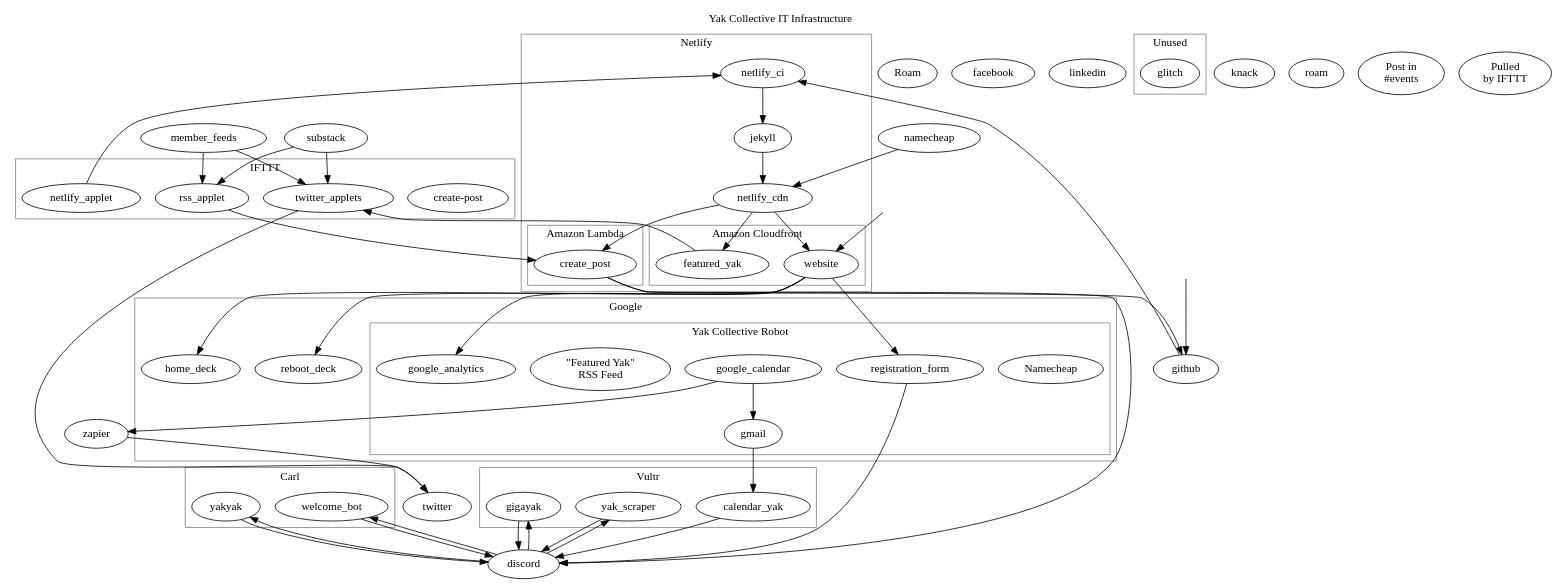
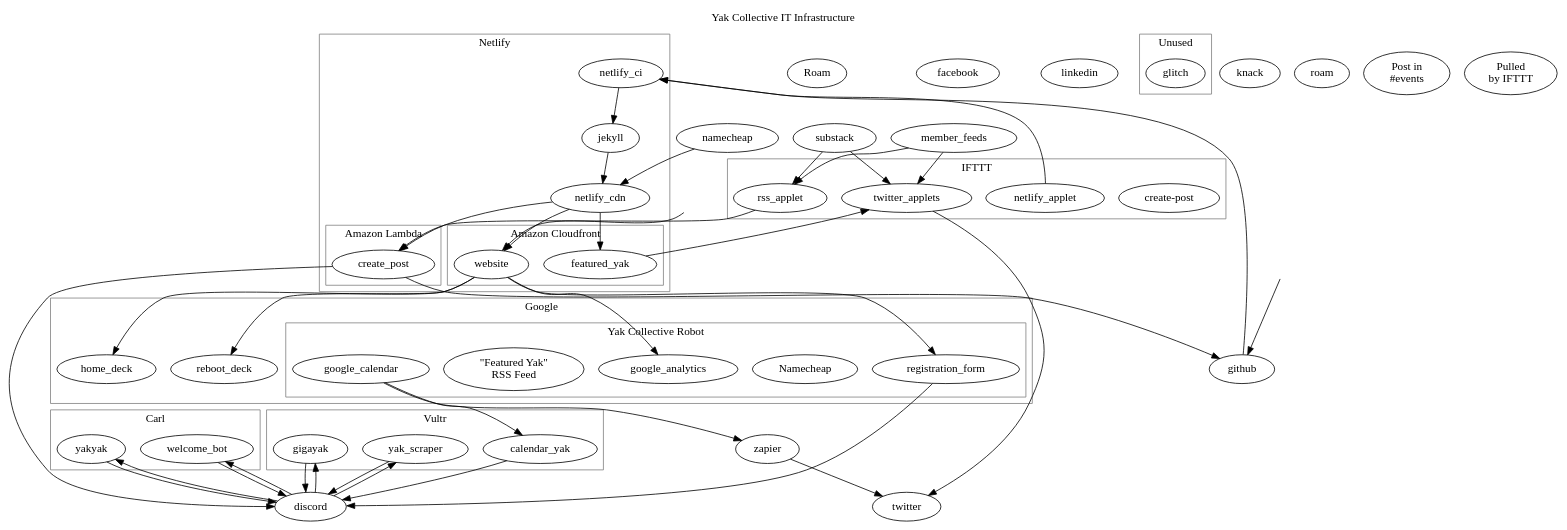
The diagram in infrastructure.dot (tilnow/docjs), drawn with Graphviz before and after one commit.

Commit message:
Gmail isn't being used anymore, just Google Calendar API

```diff
--- a/infrastructure.dot
+++ b/infrastructure.dot
@@ -1,178 +1,176 @@
 # A dot file which includes all (known) Yak Collective IT
 # infrastructure.
 #
 # Unlike standard Graphviz dot, we define some macros (in `macros.sed`)
 # that need to be replaced pre-render. You should familiarize yourself
 # with that file before editing this one.
 
 digraph yak_infrastructure {
 	labelloc = "t";
 	label = "Yak Collective IT Infrastructure";
 	labelURL = "https://roamresearch.com/#/app/ArtOfGig/page/6fhTlx1p_";
 
 	# Components
 	#
 	subgraph cluster_google {
 		labelloc = "t";
 		label = "Google";
 		color = "gray";
 
 		subgraph cluster_robot {
 			labelloc = "t";
 			label = "Yak Collective Robot";
 			labelURL = "https://roamresearch.com/#/app/ArtOfGig/page/bRd-QWJA0";
 			color = "gray";
 
-			gmail INTERNAL_SERVICE [label = "Gmail"] [URL = "https://roamresearch.com/#/app/ArtOfGig/page/bRd-QWJA0"];
 			google_analytics INTERNAL_SERVICE [label = "Google\nAnalytics"] [URL = "https://roamresearch.com/#/app/ArtOfGig/page/gkim0kNQ8"];
 			google_calendar STATIC_DATA [label = "Google\nCalendar"] [URL = "https://roamresearch.com/#/app/ArtOfGig/page/5JAKKBvdi"];
 			registration_form STATIC_DATA [label = "Registration\nForm"] [URL = "https://roamresearch.com/#/app/ArtOfGig/page/oG9FwDcRH"];
 		}
 
 		reboot_deck STATIC_DATA [label = "\"Don't Waste the\nReboot\" deck"] [URL = "https://roamresearch.com/#/app/ArtOfGig/page/s7km8fEQp"];
 		home_deck STATIC_DATA [label = "\"The New Old\nHome\" deck"] [URL = "https://roamresearch.com/#/app/ArtOfGig/page/sGxc8YzrD"];
 	}
 
 	zapier INTERNAL_SERVICE [label = "Zapier"] [URL = "https://roamresearch.com/#/app/ArtOfGig/page/WW4JidMuQ"];
 
 	subgraph cluster_vultr {
 		labelloc = "t";
 		label = "Vultr";
 		labelURL = "https://roamresearch.com/#/app/ArtOfGig/page/WpgCSZdjg";
 		color = "gray";
 
 		calendar_yak APPLET [label = "Calendar Yak"] [URL = "https://roamresearch.com/#/app/ArtOfGig/page/h8CetC_Re"];
 		yak_scraper APPLET [label = "yak_scraper"] [URL = "https://roamresearch.com/#/app/ArtOfGig/page/AaFxsbkdW"];
 		gigayak APPLET [label = "gigayak"] [URL = "https://roamresearch.com/#/app/ArtOfGig/page/_1voFfg7g"];
 	}
 
 	subgraph cluster_carl {
 		labelloc = "t";
 		label = "Carl";
 		labelURL = "https://roamresearch.com/#/app/ArtOfGig/page/wfmK-RIl1";
 		color = "gray";
 
 		welcome_bot APPLET [label = "welcome_bot"] [URL = "https://roamresearch.com/#/app/ArtOfGig/page/S_Xkw1vVi"];
 		yakyak  APPLET [label = "yakyak"] [URL = "https://roamresearch.com/#/app/ArtOfGig/page/Q1LoZ_dE4"];
 	}
 
 	discord EXTERNAL_SERVICE [label = "Discord"] [URL = "https://roamresearch.com/#/app/ArtOfGig/page/AsI1N4yGZ"];
 
 	substack EXTERNAL_SERVICE [label = "Substack"] [URL = "https://roamresearch.com/#/app/ArtOfGig/page/kMaCo6Xc-"];
 
 	member_feeds STATIC_DATA [label = "Member RSS\nFeeds"] [URL = "https://roamresearch.com/#/app/ArtOfGig/page/RLF445t5m"];
 
 	twitter EXTERNAL_SERVICE [label = "Twitter"] [URL = "https://roamresearch.com/#/app/ArtOfGig/page/ssp9sORuP"];
 	facebook EXTERNAL_SERVICE [label = "Facebook"] [URL = "https://roamresearch.com/#/app/ArtOfGig/page/WZKSWTGz5"];
 	linkedin EXTERNAL_SERVICE [label = "LinkedIn"] [URL = "https://roamresearch.com/#/app/ArtOfGig/page/M17w4lZJB"];
 
 	subgraph cluster_unused {
 		labelloc = "t";
 		label = "Unused";
 		color = "gray";
 
 		glitch INTERNAL_SERVICE [label = "Glitch"] [URL = "https://roamresearch.com/#/app/ArtOfGig/page/bTxU0ABQS"];
 	}
 
 	subgraph cluster_ifttt {
 		labelloc = "t";
 		label = "IFTTT";
 		labelURL = "https://roamresearch.com/#/app/ArtOfGig/page/1jMx-b5Fs";
 		color = "gray";
 
 		rss_applet APPLET [label = "create-post\nApplets"] [URL = "https://roamresearch.com/#/app/ArtOfGig/page/ucCeiIsih"];
 		twitter_applets APPLET [label = "Twitter\nApplets"] [URL = "https://roamresearch.com/#/app/ArtOfGig/page/j7DInC9sg"];
 		netlify_applet APPLET [label = "Netlify Build\nHook Applet"] [URL = "https://roamresearch.com/#/app/ArtOfGig/page/EWP06EjZH"];
 	}
 
 	github INTERNAL_SERVICE [label = "GitHub"] [URL = "https://roamresearch.com/#/app/ArtOfGig/page/1PVNV7Ell"];
 
 	subgraph cluster_netlify {
 		labelloc = "t";
 		label = "Netlify";
 		labelURL = "https://roamresearch.com/#/app/ArtOfGig/page/SVNduLQJn";
 		color = "gray";
 
 		netlify_ci INTERNAL_SERVICE [label = "Netlify Continuous\nIntegration"] [URL = "https://roamresearch.com/#/app/ArtOfGig/page/lfZqzDmtI"];
 		jekyll APPLET [label = "Jekyll"] [URL = "https://roamresearch.com/#/app/ArtOfGig/page/fF35dWNYl"];
 		netlify_cdn INTERNAL_SERVICE [label = "Netlify\nCDN"] [URL = "https://roamresearch.com/#/app/ArtOfGig/page/R-E2CDAe2"];
 
 		subgraph cluster_cloudfront {
 			labelloc = "t";
 			label = "Amazon Cloudfront";
 			color = "gray";
 
 			website STATIC_DATA [label = "Yak Collective\nWebsite"] [URL = "https://roamresearch.com/#/app/ArtOfGig/page/h0Wx539Oq"];
 			featured_yak STATIC_DATA [label = "\"Featured Yak\"\nRSS Feed"] [URL = "https://roamresearch.com/#/app/ArtOfGig/page/ZzuH6YDFq"];
 		}
 
 		subgraph cluster_lambda {
 			labelloc = "t";
 			label = "Amazon Lambda";
 			color = "gray";
 
 			create_post APPLET [label = "create-post"] [URL = "https://roamresearch.com/#/app/ArtOfGig/page/wDK81GyfO"];
 		}
 	}
 
 	namecheap INTERNAL_SERVICE [label = "Namecheap"] [URL = "https://roamresearch.com/#/app/ArtOfGig/page/SrB_NQUiU"];
 	knack EXTERNAL_SERVICE [label = "Knack"] [URL = "https://roamresearch.com/#/app/ArtOfGig/page/FDjmLsCeR"];
 	roam EXTERNAL_SERVICE [label = "Roam"] [URL = "https://roamresearch.com/#/app/ArtOfGig/page/FEPWC0DLJ"];
 
 	# Hidden user interaction nodes
 	#
 	visitor  [shape = plaintext] [label = ""];
 	developer  [shape = plaintext] [label = ""];
 
 	# Website data flows to Google
 	#
 	website -> google_analytics AUTO_DATA [label = "Visitor analytics"];
 	website -> {reboot_deck, home_deck} USER_DATA [label = "Google Slides / PDF"];
 
 	# Member registration flow
 	#
 	visitor -> website USER_DATA [label = "Website visitor"];
 	website -> registration_form USER_DATA [label = "Sign up form\n(minimal data)"];
 	registration_form -> discord USER_DATA [label = "Invite link"];
 	discord -> {welcome_bot, yakyak} AUTO_DATA [label = "New user\nnotification / data"];
 	welcome_bot -> discord AUTO_DATA [label = "Welcome message\nseries"];
 	yakyak -> discord AUTO_DATA [label = "Prune inactive\nusers"];
 
 	# Member interactions
 	#
 	discord -> {gigayak, yak_scraper} USER_DATA [label = "User\ncommand"];
 	{gigayak, yak_scraper} -> discord USER_DATA [label = "Requested info or\nacknowledgement"];
 
 	# Building the website
 	#
 	developer -> github USER_DATA [label = "Git commit"];
 	github -> netlify_ci AUTO_DATA [label = "Repo contents pushed\non commit"];
 	netlify_applet -> netlify_ci AUTO_DATA [label = "Trigger rebuild\nevery 24 hours"];
 	netlify_ci -> jekyll AUTO_DATA [label = "Build website"];
 	jekyll -> netlify_cdn AUTO_DATA [label = "Optimize & deploy\nwebsite files"];
 	namecheap -> netlify_cdn AUTO_DATA [label = "DNS information"];
 	netlify_cdn -> {website, featured_yak} AUTO_DATA [label = "Push to Amazon\nCloudfront"];
 	netlify_cdn -> create_post AUTO_DATA [label = "Create Amazon\nLambda function"];
 
 	# Various RSS feeds to the website/Discord
 	#
 	{member_feeds, substack} -> rss_applet USER_DATA [label = "Pulled\nby IFTTT"];
 	rss_applet -> create_post AUTO_DATA [label = "RSS post data\nto webhook"];
 	create_post -> github AUTO_DATA [label = "Commit new\nmember post"];
 	create_post -> discord AUTO_DATA [label = "Post in\n#yaktalk-content"];
 
 	# Various RSS feeds to Twitter/Discord
 	#
 	{member_feeds, substack} -> twitter_applets USER_DATA [label = "Pulled\nby IFTTT"];
 	featured_yak -> twitter_applets AUTO_DATA [label = "Pulled\nby IFTTT"];
 	twitter_applets -> twitter AUTO_DATA [label = "Tweet about\nnew content"];
 
 	# Google Calendar  ->  Twitter/Discord
 	#
 	google_calendar -> zapier AUTO_DATA [label = "Pulled by\nZapier"];
 	zapier -> twitter AUTO_DATA [label = "Tweet about\nnew content"];
 
-	google_calendar -> gmail AUTO_DATA [label = "Notification and\nagenda emails"];
-	gmail -> calendar_yak AUTO_DATA [label = "Gmail\nAPI"];
+	google_calendar -> calendar_yak AUTO_DATA [label = "Google Calendar\nAPI"];
 	calendar_yak -> discord AUTO_DATA [label = "Post in\n#events"];
 }
```
